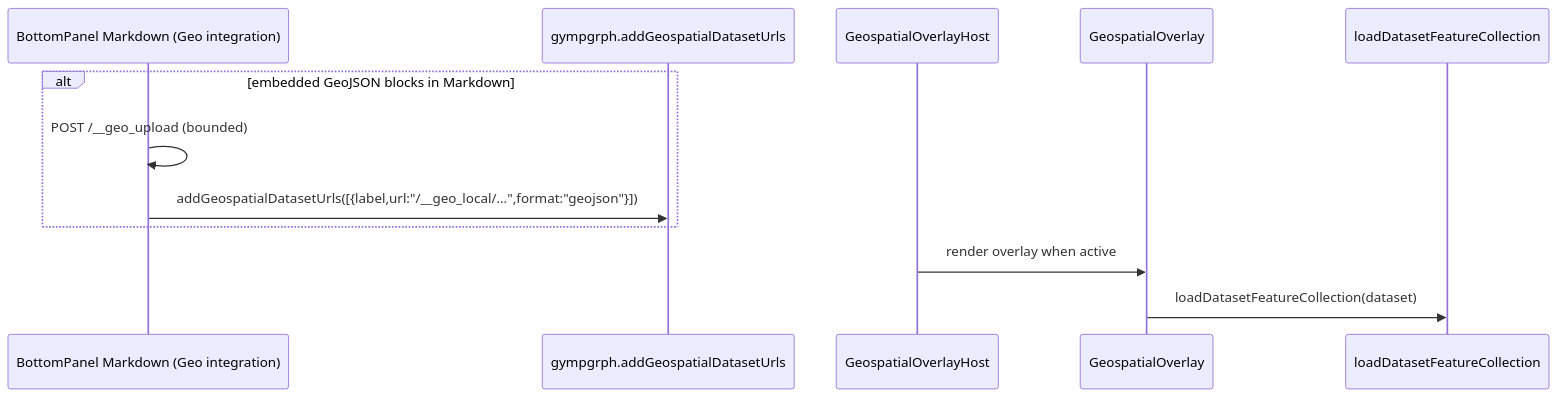
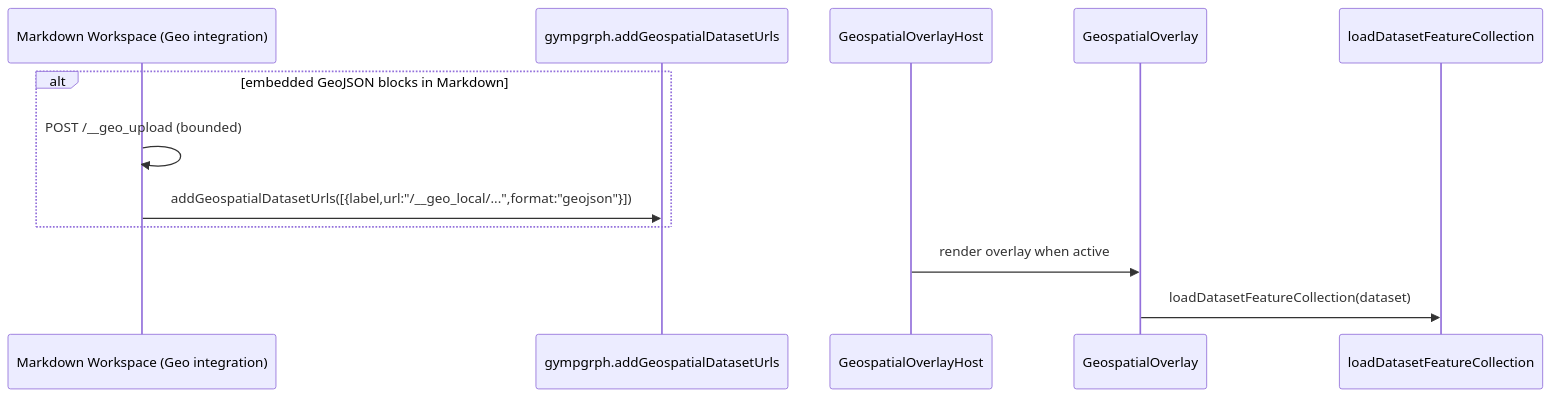
One commit to huijoohwee/knowgrph changed the fifth of 5 diagrams in docs/documents/knowgrph-source-files-import-document.md. Above: the diagram before and after it, drawn with Mermaid. The commit also changed other lines of this file and 428 other files, not shown here.

First line of the commit message:
refactor: rename bottom panel to bottom surface and move markdown workspace

````diff
--- a/docs/documents/knowgrph-source-files-import-document.md
+++ b/docs/documents/knowgrph-source-files-import-document.md
@@ -136,15 +136,15 @@
 ```mermaid
 sequenceDiagram
-  participant UI as BottomPanel Markdown (Geo integration)
+  participant UI as Markdown Workspace (Geo integration)
   participant M as gympgrph.addGeospatialDatasetUrls
   participant H as GeospatialOverlayHost
   participant O as GeospatialOverlay
   participant L as loadDatasetFeatureCollection
 
   alt embedded GeoJSON blocks in Markdown
     UI->>UI: POST /__geo_upload (bounded)
     UI->>M: addGeospatialDatasetUrls([{label,url:"/__geo_local/...",format:"geojson"}])
   end
   H->>O: render overlay when active
   O->>L: loadDatasetFeatureCollection(dataset)
 ```
````
